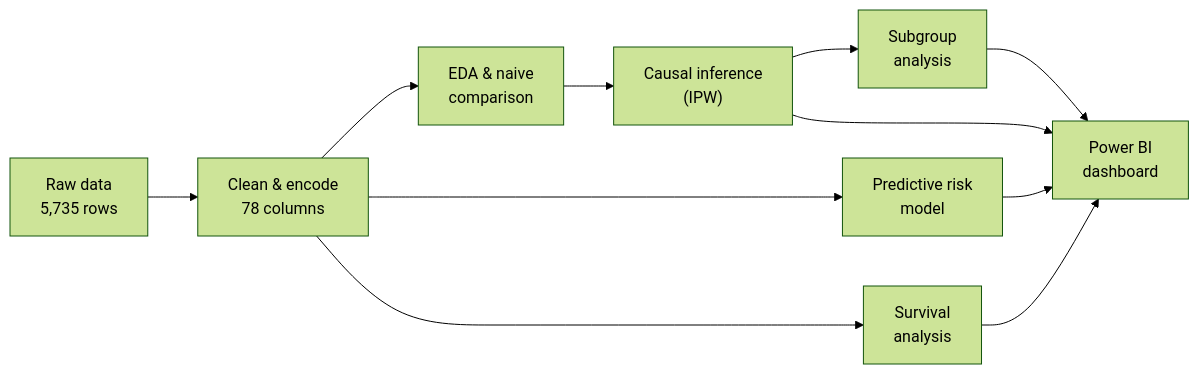
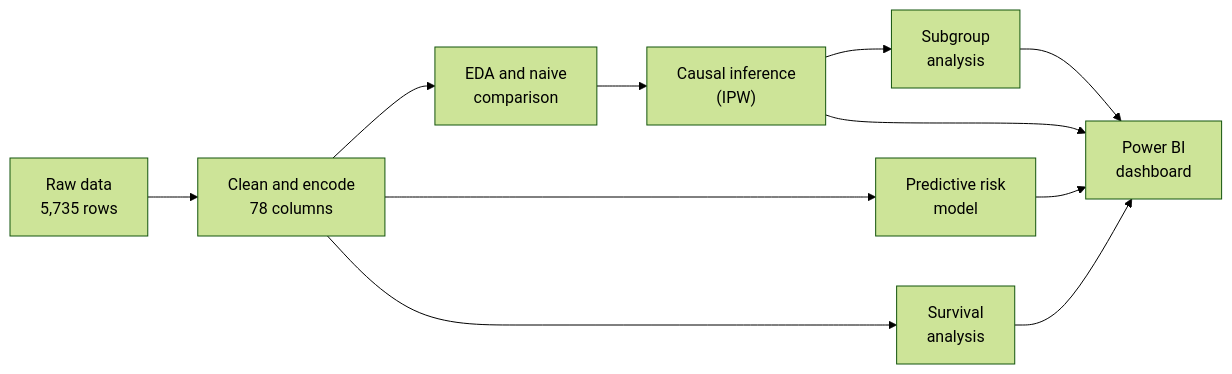
The diagram in README.md (HerrerAaron/RHC_Analytics), drawn with Mermaid (forest theme) before and after one commit. The commit also changed other lines of this file, not shown here.

````diff
--- a/README.md
+++ b/README.md
@@ -53,13 +53,13 @@
 ```mermaid
 flowchart LR
-    A["Raw data<br/>5,735 rows"] --> B["Clean & encode<br/>78 columns"]
-    B --> C["EDA & naive<br/>comparison"]
+    A["Raw data<br/>5,735 rows"] --> B["Clean and encode<br/>78 columns"]
+    B --> C["EDA and naive<br/>comparison"]
     C --> D["Causal inference<br/>(IPW)"]
     B --> E["Predictive risk<br/>model"]
     B --> F["Survival<br/>analysis"]
     D --> G["Subgroup<br/>analysis"]
     D --> H["Power BI<br/>dashboard"]
     E --> H
     F --> H
     G --> H
 ```
````
